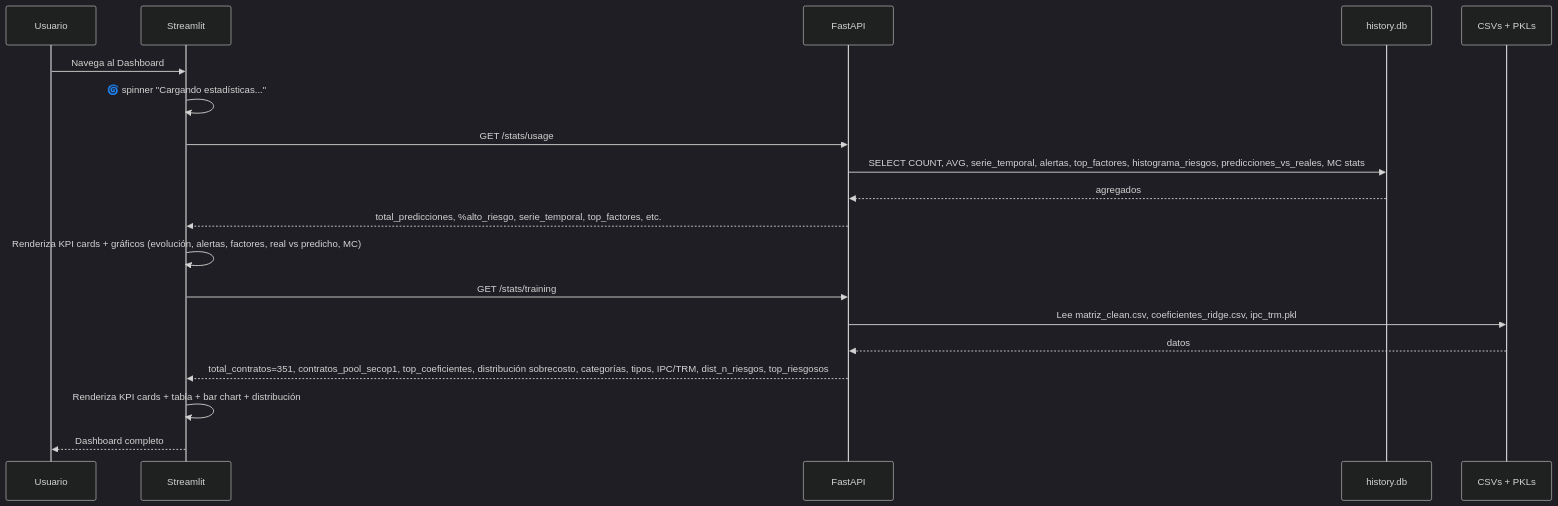
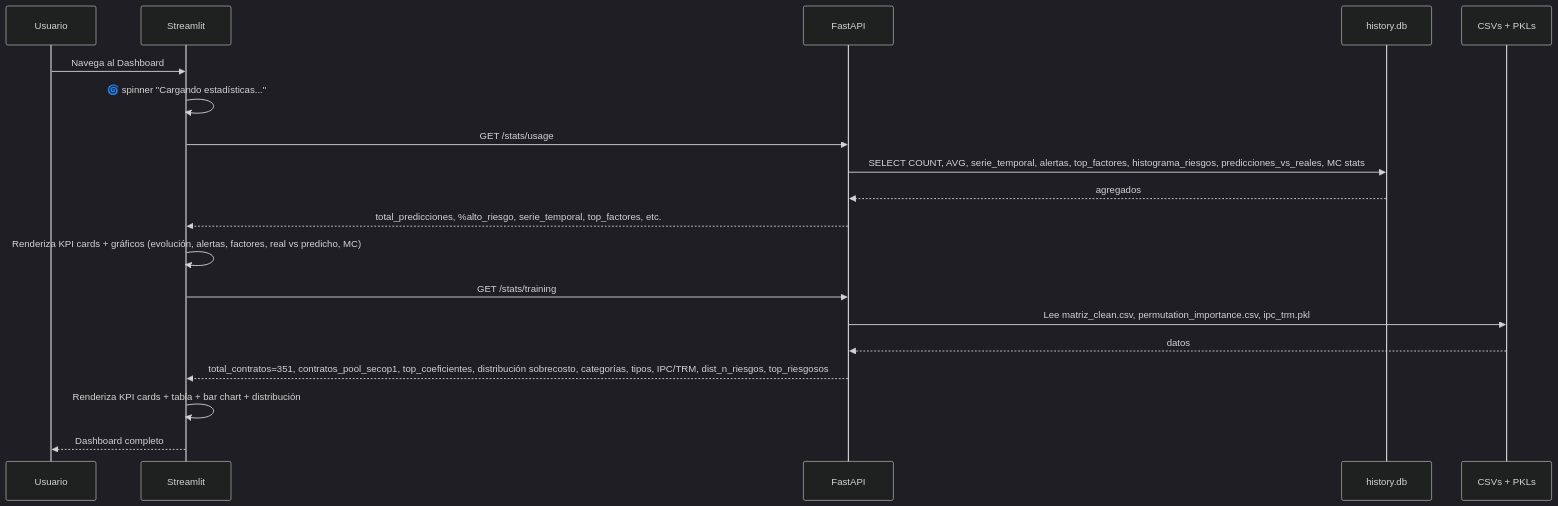
The third of 7 diagrams in docs/proceso.md (sanan1297/risk_project), drawn with Mermaid (dark theme) before and after one commit. The commit also changed other lines of this file and 28 other files, not shown here.

````diff
--- a/docs/proceso.md
+++ b/docs/proceso.md
@@ -387,22 +387,22 @@
 ```mermaid
 sequenceDiagram
     participant U as Usuario
     participant F as Streamlit
     participant B as FastAPI
     participant DB as history.db
     participant Files as CSVs + PKLs
 
     U->>F: Navega al Dashboard
     F->>F: 🌀 spinner "Cargando estadísticas..."
     F->>B: GET /stats/usage
     B->>DB: SELECT COUNT, AVG, serie_temporal, alertas, top_factores, histograma_riesgos, predicciones_vs_reales, MC stats
     DB-->>B: agregados
     B-->>F: total_predicciones, %alto_riesgo, serie_temporal, top_factores, etc.
     F->>F: Renderiza KPI cards + gráficos (evolución, alertas, factores, real vs predicho, MC)
     F->>B: GET /stats/training
-    B->>Files: Lee matriz_clean.csv, coeficientes_ridge.csv, ipc_trm.pkl
+    B->>Files: Lee matriz_clean.csv, permutation_importance.csv, ipc_trm.pkl
     Files-->>B: datos
     B-->>F: total_contratos=351, contratos_pool_secop1, top_coeficientes, distribución sobrecosto, categorías, tipos, IPC/TRM, dist_n_riesgos, top_riesgosos
     F->>F: Renderiza KPI cards + tabla + bar chart + distribución
     F-->>U: Dashboard completo
 ```
````
